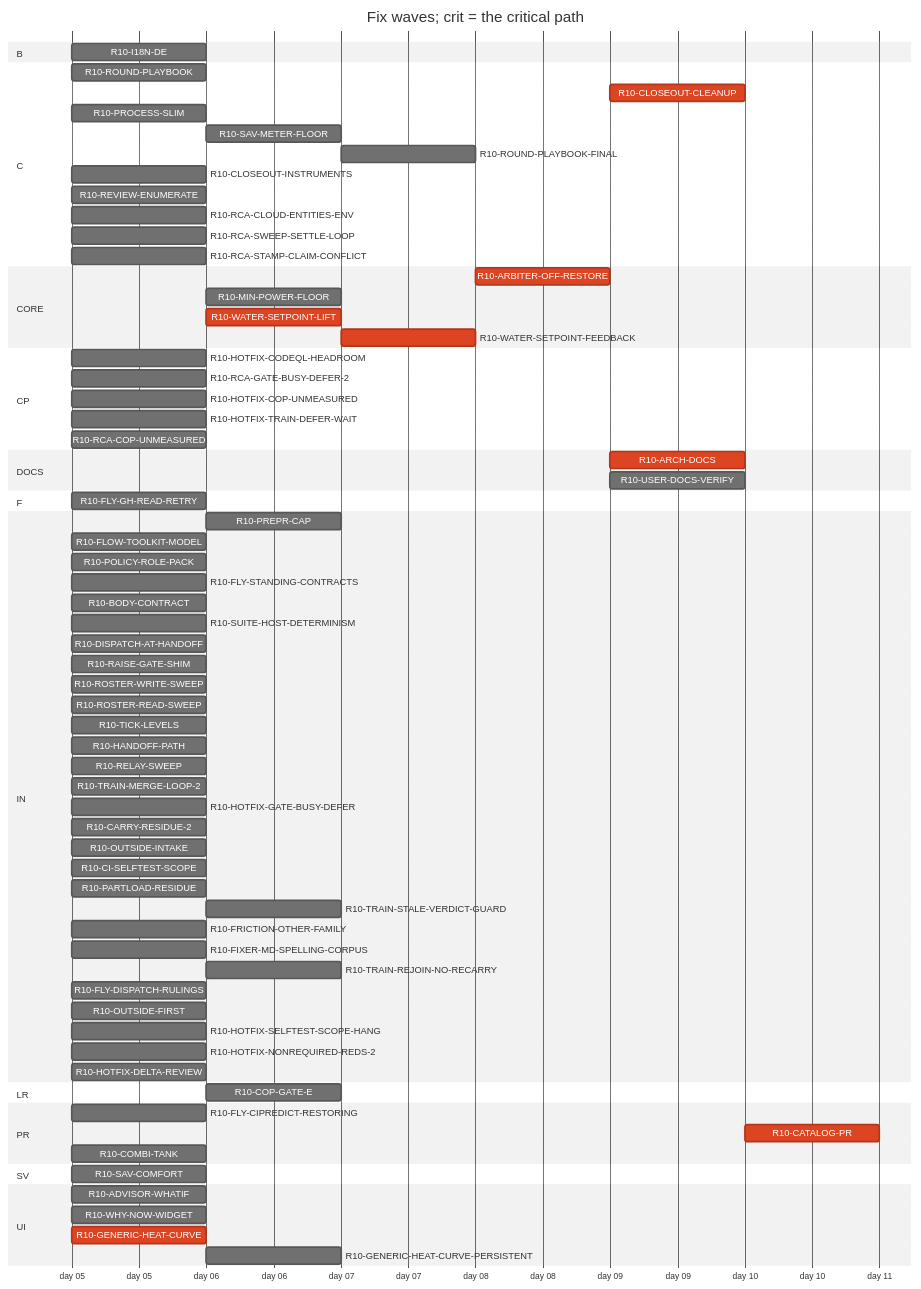
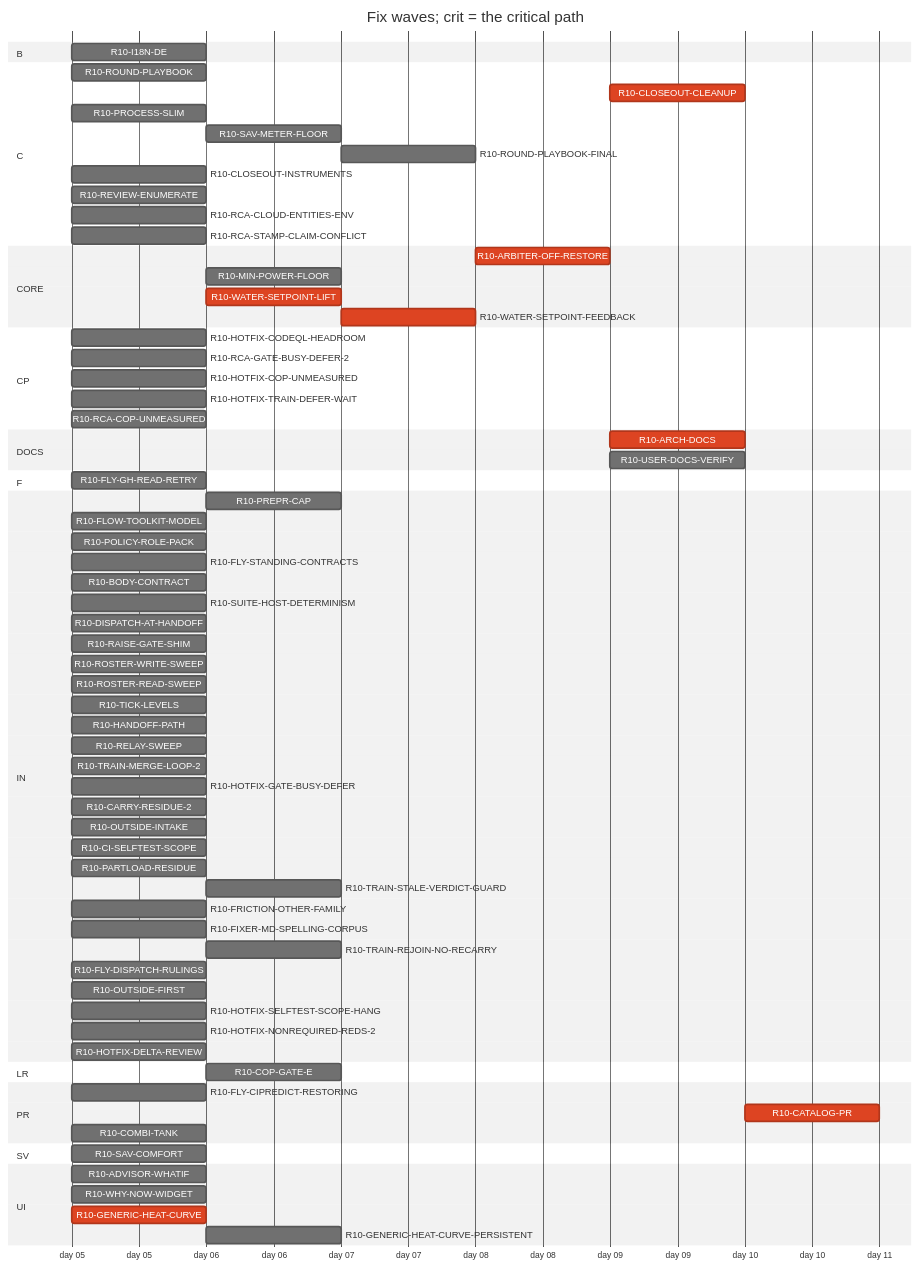
Before and after one commit to tvofi/heatpump_optimizer: the diagram in handoff/round10/state/PLAN-TABLE.md, drawn with Mermaid (neutral theme). The commit also changed other lines of this file and 3 other files, not shown here.

Commit message:
state: FLOW-BOARD.md, NEXT-SESSION-PROMPT.md, PLAN-TABLE.md, RESUME-CURRENT.md regenerated (state_docs.py)

````diff
--- a/handoff/round10/state/PLAN-TABLE.md
+++ b/handoff/round10/state/PLAN-TABLE.md
@@ -24,77 +24,76 @@
 ```mermaid
 gantt
   title Fix waves; crit = the critical path
   dateFormat YYYY-MM-DD
   axisFormat day %d
   section B
     R10-I18N-DE :r10I18NDE, 2026-01-05, 1d
   section C
     R10-ROUND-PLAYBOOK :r10ROUNDPLAYBOOK, 2026-01-05, 1d
     R10-CLOSEOUT-CLEANUP :crit, r10CLOSEOUTCLEANUP, after r10ARCHDOCS r10USERDOCSVERIFY r10ROUNDPLAYBOOKFINAL r10CLOSEOUTINSTRUMENTS r10RCAGATEBUSYDEFER2 r10RCACOPUNMEASURED r10FRICTIONOTHERFAMILY, 1d
     R10-PROCESS-SLIM :r10PROCESSSLIM, 2026-01-05, 1d
     R10-SAV-METER-FLOOR :r10SAVMETERFLOOR, after r10SAVCOMFORT, 1d
     R10-ROUND-PLAYBOOK-FINAL :r10ROUNDPLAYBOOKFINAL, after r10PREPRCAP r10HANDOFFPATH r10RELAYSWEEP r10DISPATCHATHANDOFF r10BODYCONTRACT r10TICKLEVELS r10ROSTERWRITESWEEP r10ROSTERREADSWEEP r10FLYSTANDINGCONTRACTS r10POLICYROLEPACK r10FLOWTOOLKITMODEL r10FLYCIPREDICTRESTORING r10RAISEGATESHIM r10FLYGHREADRETRY r10SUITEHOSTDETERMINISM r10ROUNDPLAYBOOK r10PROCESSSLIM r10TRAINMERGELOOP2 r10CARRYRESIDUE2 r10HOTFIXCODEQLHEADROOM r10OUTSIDEINTAKE r10HOTFIXTRAINDEFERWAIT r10CISELFTESTSCOPE r10TRAINSTALEVERDICTGUARD r10CLOSEOUTINSTRUMENTS r10FRICTIONOTHERFAMILY r10FIXERMDSPELLINGCORPUS, 1d
     R10-CLOSEOUT-INSTRUMENTS :r10CLOSEOUTINSTRUMENTS, 2026-01-05, 1d
     R10-REVIEW-ENUMERATE :r10REVIEWENUMERATE, 2026-01-05, 1d
     R10-RCA-CLOUD-ENTITIES-ENV :r10RCACLOUDENTITIESENV, 2026-01-05, 1d
-    R10-RCA-SWEEP-SETTLE-LOOP :r10RCASWEEPSETTLELOOP, 2026-01-05, 1d
     R10-RCA-STAMP-CLAIM-CONFLICT :r10RCASTAMPCLAIMCONFLICT, 2026-01-05, 1d
   section CORE
     R10-ARBITER-OFF-RESTORE :crit, r10ARBITEROFFRESTORE, after r10GENERICHEATCURVE r10GENERICHEATCURVEPERSISTENT r10WATERSETPOINTLIFT r10WATERSETPOINTFEEDBACK, 1d
     R10-MIN-POWER-FLOOR :r10MINPOWERFLOOR, after r10HOTFIXCOPUNMEASURED r10GENERICHEATCURVE, 1d
     R10-WATER-SETPOINT-LIFT :crit, r10WATERSETPOINTLIFT, after r10GENERICHEATCURVE, 1d
     R10-WATER-SETPOINT-FEEDBACK :crit, r10WATERSETPOINTFEEDBACK, after r10WATERSETPOINTLIFT, 1d
   section CP
     R10-HOTFIX-CODEQL-HEADROOM :r10HOTFIXCODEQLHEADROOM, 2026-01-05, 1d
     R10-RCA-GATE-BUSY-DEFER-2 :r10RCAGATEBUSYDEFER2, 2026-01-05, 1d
     R10-HOTFIX-COP-UNMEASURED :r10HOTFIXCOPUNMEASURED, 2026-01-05, 1d
     R10-HOTFIX-TRAIN-DEFER-WAIT :r10HOTFIXTRAINDEFERWAIT, 2026-01-05, 1d
     R10-RCA-COP-UNMEASURED :r10RCACOPUNMEASURED, 2026-01-05, 1d
   section DOCS
     R10-ARCH-DOCS :crit, r10ARCHDOCS, after r10SAVCOMFORT r10WHYNOWWIDGET r10ADVISORWHATIF r10PREPRCAP r10HANDOFFPATH r10RELAYSWEEP r10DISPATCHATHANDOFF r10BODYCONTRACT r10TICKLEVELS r10ROSTERWRITESWEEP r10ROSTERREADSWEEP r10FLYSTANDINGCONTRACTS r10POLICYROLEPACK r10FLOWTOOLKITMODEL r10FLYCIPREDICTRESTORING r10RAISEGATESHIM r10FLYGHREADRETRY r10SUITEHOSTDETERMINISM r10PROCESSSLIM r10SAVMETERFLOOR r10HOTFIXCOPUNMEASURED r10COPGATEE r10PARTLOADRESIDUE r10I18NDE r10GENERICHEATCURVE r10GENERICHEATCURVEPERSISTENT r10ARBITEROFFRESTORE r10TRAINMERGELOOP2 r10CARRYRESIDUE2 r10HOTFIXCODEQLHEADROOM r10OUTSIDEINTAKE r10HOTFIXTRAINDEFERWAIT r10CISELFTESTSCOPE r10TRAINSTALEVERDICTGUARD r10COMBITANK r10CLOSEOUTINSTRUMENTS r10MINPOWERFLOOR r10ROUNDPLAYBOOK r10RCAGATEBUSYDEFER2 r10FRICTIONOTHERFAMILY r10RCACOPUNMEASURED, 1d
     R10-USER-DOCS-VERIFY :r10USERDOCSVERIFY, after r10SAVCOMFORT r10WHYNOWWIDGET r10ADVISORWHATIF r10SAVMETERFLOOR r10HOTFIXCOPUNMEASURED r10COPGATEE r10PARTLOADRESIDUE r10I18NDE r10GENERICHEATCURVE r10GENERICHEATCURVEPERSISTENT r10ARBITEROFFRESTORE r10COMBITANK r10MINPOWERFLOOR, 1d
   section F
     R10-FLY-GH-READ-RETRY :r10FLYGHREADRETRY, 2026-01-05, 1d
   section IN
     R10-PREPR-CAP :r10PREPRCAP, after r10PROCESSSLIM, 1d
     R10-FLOW-TOOLKIT-MODEL :r10FLOWTOOLKITMODEL, 2026-01-05, 1d
     R10-POLICY-ROLE-PACK :r10POLICYROLEPACK, 2026-01-05, 1d
     R10-FLY-STANDING-CONTRACTS :r10FLYSTANDINGCONTRACTS, 2026-01-05, 1d
     R10-BODY-CONTRACT :r10BODYCONTRACT, 2026-01-05, 1d
     R10-SUITE-HOST-DETERMINISM :r10SUITEHOSTDETERMINISM, 2026-01-05, 1d
     R10-DISPATCH-AT-HANDOFF :r10DISPATCHATHANDOFF, 2026-01-05, 1d
     R10-RAISE-GATE-SHIM :r10RAISEGATESHIM, 2026-01-05, 1d
     R10-ROSTER-WRITE-SWEEP :r10ROSTERWRITESWEEP, 2026-01-05, 1d
     R10-ROSTER-READ-SWEEP :r10ROSTERREADSWEEP, 2026-01-05, 1d
     R10-TICK-LEVELS :r10TICKLEVELS, 2026-01-05, 1d
     R10-HANDOFF-PATH :r10HANDOFFPATH, 2026-01-05, 1d
     R10-RELAY-SWEEP :r10RELAYSWEEP, 2026-01-05, 1d
     R10-TRAIN-MERGE-LOOP-2 :r10TRAINMERGELOOP2, 2026-01-05, 1d
     R10-HOTFIX-GATE-BUSY-DEFER :r10HOTFIXGATEBUSYDEFER, 2026-01-05, 1d
     R10-CARRY-RESIDUE-2 :r10CARRYRESIDUE2, 2026-01-05, 1d
     R10-OUTSIDE-INTAKE :r10OUTSIDEINTAKE, 2026-01-05, 1d
     R10-CI-SELFTEST-SCOPE :r10CISELFTESTSCOPE, 2026-01-05, 1d
     R10-PARTLOAD-RESIDUE :r10PARTLOADRESIDUE, 2026-01-05, 1d
     R10-TRAIN-STALE-VERDICT-GUARD :r10TRAINSTALEVERDICTGUARD, after r10TRAINMERGELOOP2, 1d
     R10-FRICTION-OTHER-FAMILY :r10FRICTIONOTHERFAMILY, 2026-01-05, 1d
     R10-FIXER-MD-SPELLING-CORPUS :r10FIXERMDSPELLINGCORPUS, 2026-01-05, 1d
     R10-TRAIN-REJOIN-NO-RECARRY :r10TRAINREJOINNORECARRY, after r10HOTFIXTRAINDEFERWAIT r10TRAINMERGELOOP2, 1d
     R10-FLY-DISPATCH-RULINGS :r10FLYDISPATCHRULINGS, 2026-01-05, 1d
     R10-OUTSIDE-FIRST :r10OUTSIDEFIRST, 2026-01-05, 1d
     R10-HOTFIX-SELFTEST-SCOPE-HANG :r10HOTFIXSELFTESTSCOPEHANG, 2026-01-05, 1d
     R10-HOTFIX-NONREQUIRED-REDS-2 :r10HOTFIXNONREQUIREDREDS2, 2026-01-05, 1d
     R10-HOTFIX-DELTA-REVIEW :r10HOTFIXDELTAREVIEW, 2026-01-05, 1d
   section LR
     R10-COP-GATE-E :r10COPGATEE, after r10HOTFIXCOPUNMEASURED, 1d
   section PR
     R10-FLY-CIPREDICT-RESTORING :r10FLYCIPREDICTRESTORING, 2026-01-05, 1d
     R10-CATALOG-PR :crit, r10CATALOGPR, after r10USERDOCSVERIFY r10ARCHDOCS r10ROUNDPLAYBOOKFINAL r10CLOSEOUTCLEANUP, 1d
     R10-COMBI-TANK :r10COMBITANK, 2026-01-05, 1d
   section SV
     R10-SAV-COMFORT :r10SAVCOMFORT, 2026-01-05, 1d
   section UI
     R10-ADVISOR-WHATIF :r10ADVISORWHATIF, 2026-01-05, 1d
     R10-WHY-NOW-WIDGET :r10WHYNOWWIDGET, 2026-01-05, 1d
     R10-GENERIC-HEAT-CURVE :crit, r10GENERICHEATCURVE, 2026-01-05, 1d
     R10-GENERIC-HEAT-CURVE-PERSISTENT :r10GENERICHEATCURVEPERSISTENT, after r10GENERICHEATCURVE, 1d
 ```
````
